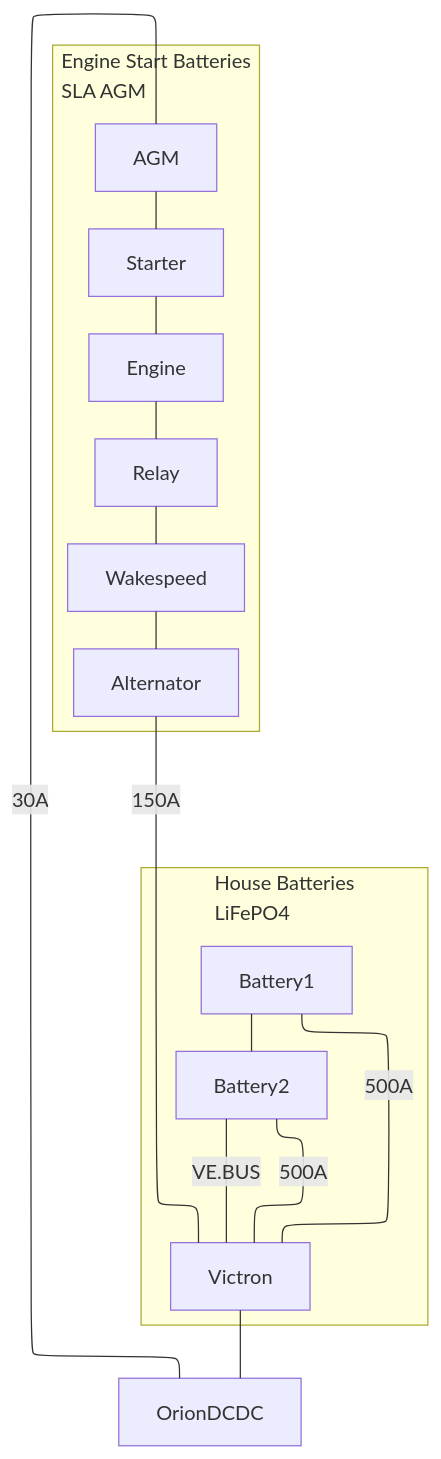
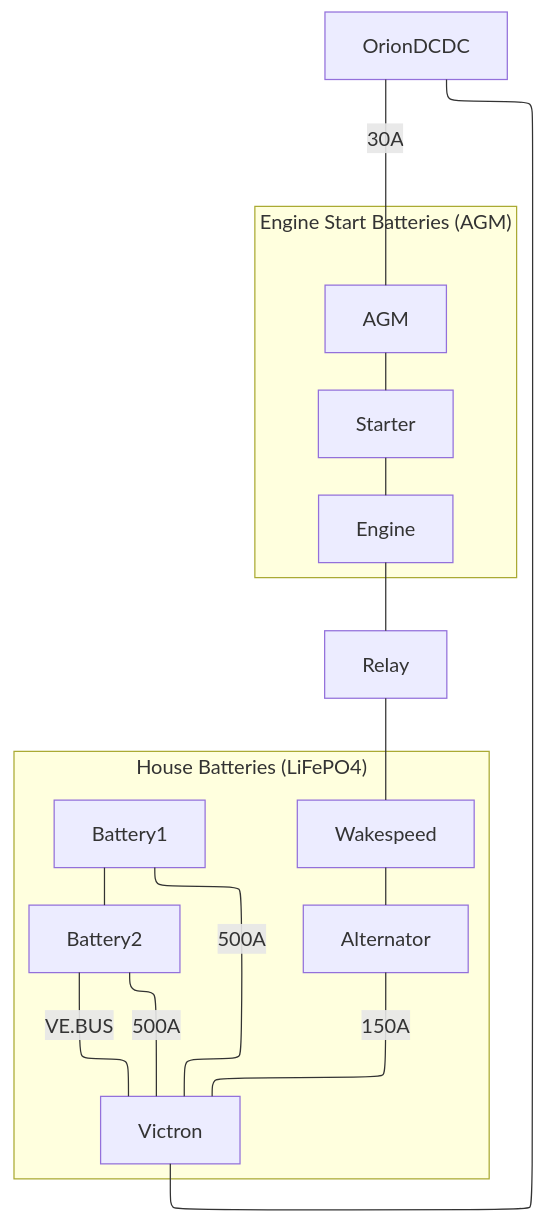
Before and after one commit to dcoon/svharmony: the diagram in owners_manual/Batteries.md, drawn with Mermaid. The commit also changed other lines of this file, not shown here.

````diff
--- a/owners_manual/Batteries.md
+++ b/owners_manual/Batteries.md
@@ -3,23 +5,21 @@
 ```mermaid
 
 flowchart-elk
   
 Victron --- OrionDCDC
 OrionDCDC ---|30A| AGM
   
-subgraph house["House Batteries
-LiFePO4"]
+subgraph house["House Batteries (LiFePO4)"]
   Battery1 ---|500A| Victron
   Battery2 ---|500A| Victron
   Battery1 --- Battery2
+  Wakespeed --- Alternator ---|150A| Victron
 end
 Battery2 ---|VE.BUS| Victron
 
-subgraph engine["Engine Start Batteries
-SLA AGM"]
+subgraph engine["Engine Start Batteries (AGM)"]
   AGM --- Starter --- Engine
-  Engine --- Relay --- Wakespeed
-  Wakespeed --- Alternator ---|150A| Victron
 end
+Engine --- Relay --- Wakespeed
 
 ```
````
